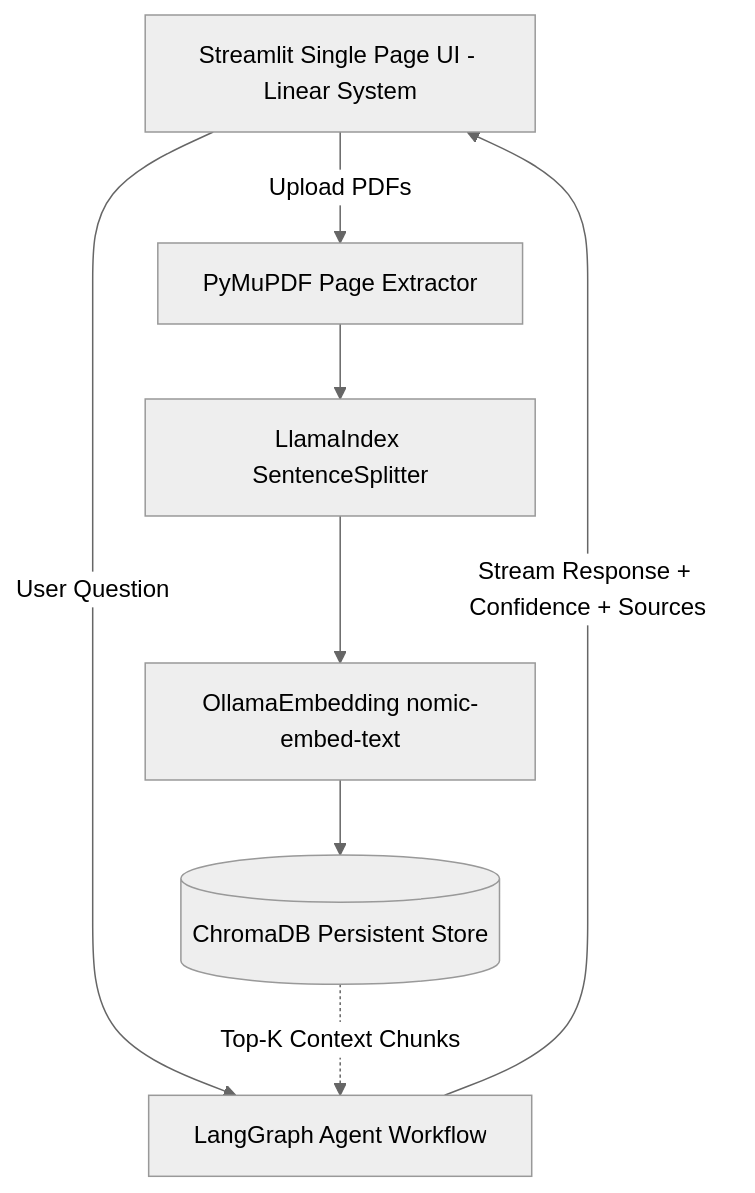
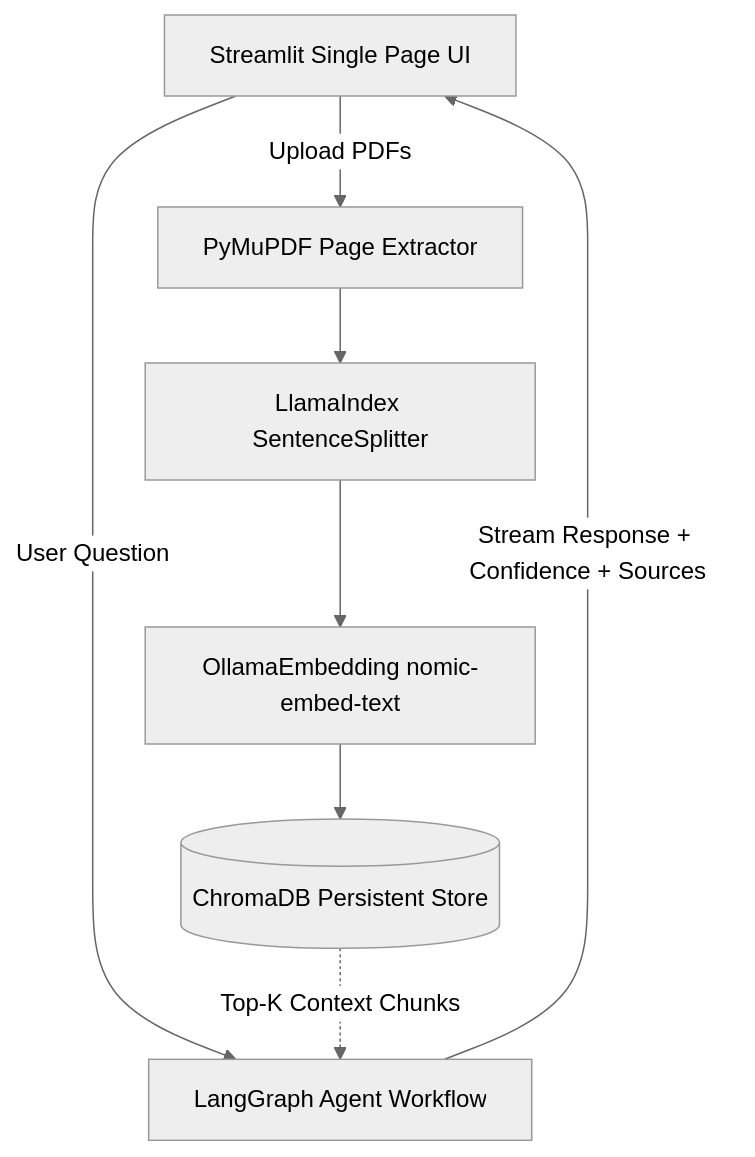
One commit to Chandan-NG/Agentic-RAG-PDF-Chat changed the first of 2 diagrams in README.md. Above: the diagram before and after it, drawn with Mermaid (neutral theme). The commit also changed other lines of this file, not shown here.

````diff
--- a/README.md
+++ b/README.md
@@ -40,11 +40,11 @@
 ```mermaid
 flowchart TD
-    UI[Streamlit Single Page UI - Linear System] -->|Upload PDFs| PyMuPDF[PyMuPDF Page Extractor]
+    UI[Streamlit Single Page UI] -->|Upload PDFs| PyMuPDF[PyMuPDF Page Extractor]
     PyMuPDF --> Chunker[LlamaIndex SentenceSplitter]
     Chunker --> Embedder[OllamaEmbedding nomic-embed-text]
     Embedder --> VectorStore[(ChromaDB Persistent Store)]
     
     UI -->|User Question| Graph[LangGraph Agent Workflow]
     VectorStore -.->|Top-K Context Chunks| Graph
     Graph -->|Stream Response + Confidence + Sources| UI
 ```
````
